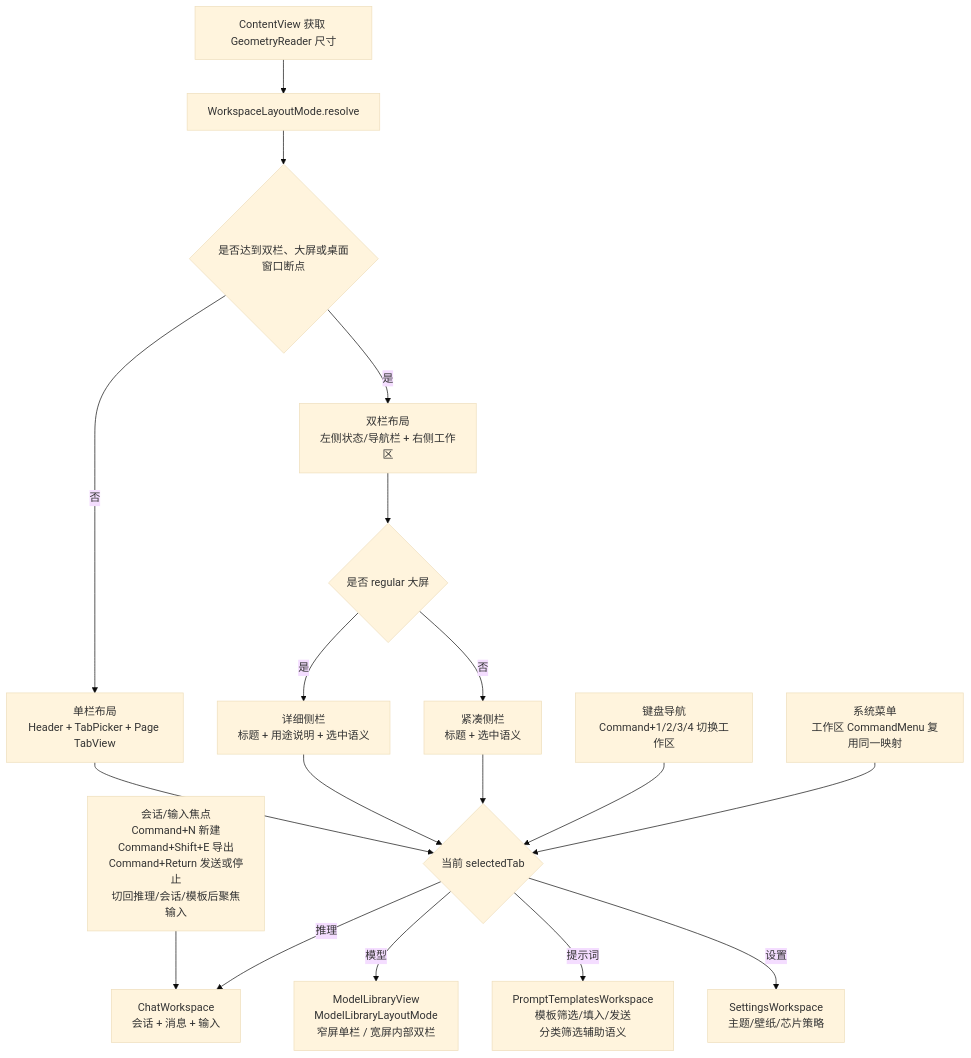
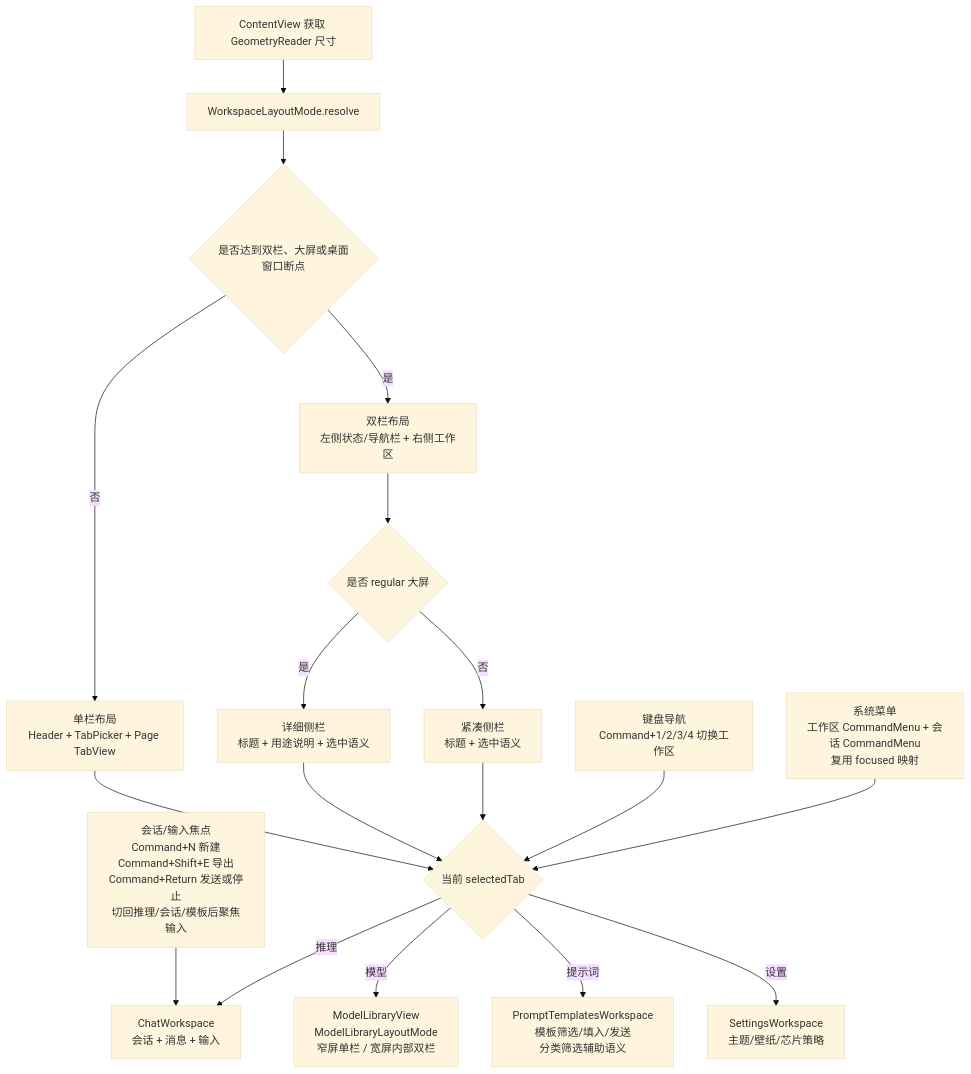
Before and after one commit to Altman-sam114/113: the fourth of 9 diagrams in md/flow/flowchart.md, drawn with Mermaid (base theme). The commit also changed other lines of this file and 9 other files, not shown here.

````diff
--- a/md/flow/flowchart.md
+++ b/md/flow/flowchart.md
@@ -68,20 +68,20 @@
 ```mermaid
 flowchart TD
     A[ContentView 获取 GeometryReader 尺寸] --> B[WorkspaceLayoutMode.resolve]
     B --> C{是否达到双栏、大屏或桌面窗口断点}
     C -- 否 --> D[单栏布局<br/>Header + TabPicker + Page TabView]
     C -- 是 --> E[双栏布局<br/>左侧状态/导航栏 + 右侧工作区]
     E --> N{是否 regular 大屏}
     N -- 是 --> O[详细侧栏<br/>标题 + 用途说明 + 选中语义]
     N -- 否 --> P[紧凑侧栏<br/>标题 + 选中语义]
     D --> F{当前 selectedTab}
     O --> F
     P --> F
     K[键盘导航<br/>Command+1/2/3/4 切换工作区] --> F
-    M[系统菜单<br/>工作区 CommandMenu 复用同一映射] --> F
+    M[系统菜单<br/>工作区 CommandMenu + 会话 CommandMenu<br/>复用 focused 映射] --> F
     L[会话/输入焦点<br/>Command+N 新建<br/>Command+Shift+E 导出<br/>Command+Return 发送或停止<br/>切回推理/会话/模板后聚焦输入] --> G
     F -- 推理 --> G[ChatWorkspace<br/>会话 + 消息 + 输入]
     F -- 模型 --> H[ModelLibraryView<br/>ModelLibraryLayoutMode<br/>窄屏单栏 / 宽屏内部双栏]
     F -- 提示词 --> I[PromptTemplatesWorkspace<br/>模板筛选/填入/发送<br/>分类筛选辅助语义]
     F -- 设置 --> J[SettingsWorkspace<br/>主题/壁纸/芯片策略]
 ```
````
